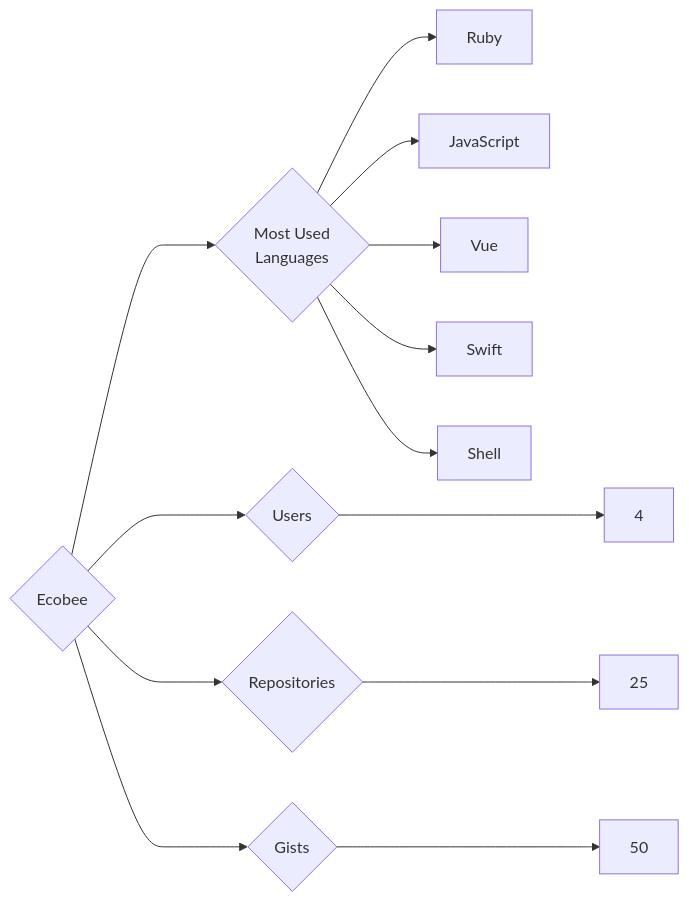
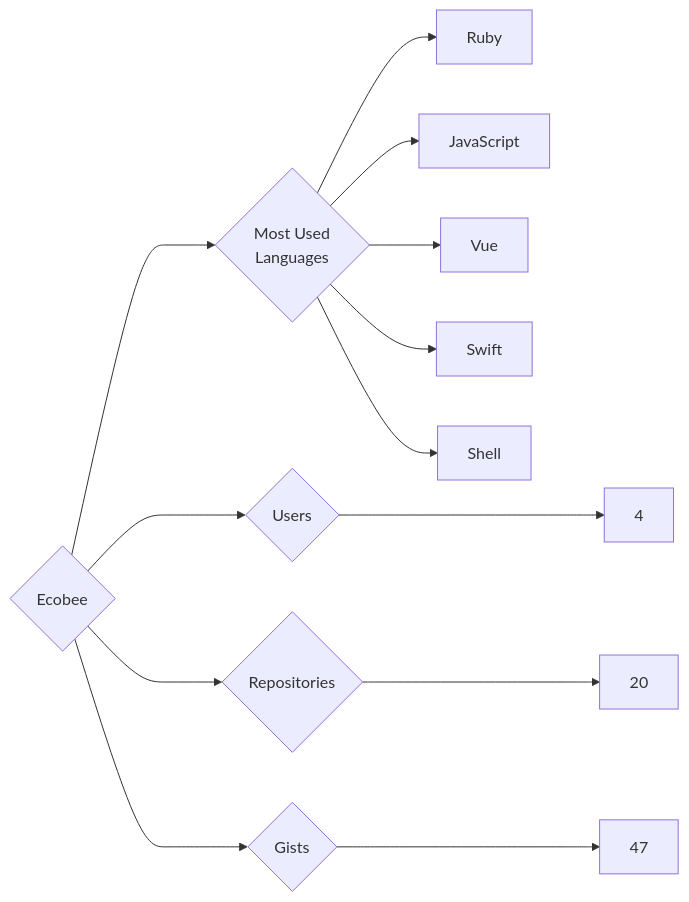
Before and after one commit to trickest/insiders: the diagram in targets/Ecobee/README.md, drawn with Mermaid. The commit also changed 1023 other files, not shown here.

````diff
--- a/targets/Ecobee/README.md
+++ b/targets/Ecobee/README.md
@@ -3,13 +3,13 @@
 ```mermaid
 graph LR
 COMPANY_NAME{Ecobee}
 COMPANY_NAME ---> U{Users} ---> UN[4]
-COMPANY_NAME ---> R{Repositories} ---> RN[25]
-COMPANY_NAME ---> G{Gists} ---> GN[50]
+COMPANY_NAME ---> R{Repositories} ---> RN[20]
+COMPANY_NAME ---> G{Gists} ---> GN[47]
 COMPANY_NAME ---> ML{Most Used<br>Languages}
 ML --> Ruby[Ruby]
 ML --> JavaScript[JavaScript]
 ML --> Vue[Vue]
 ML --> Swift[Swift]
 ML --> Shell[Shell]
 ```
````
